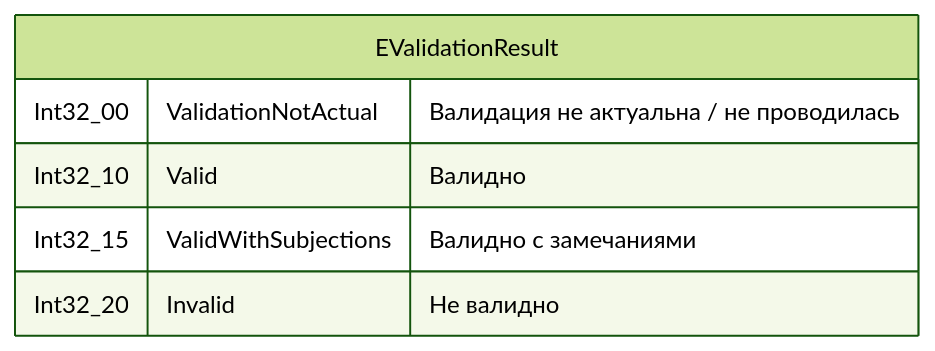
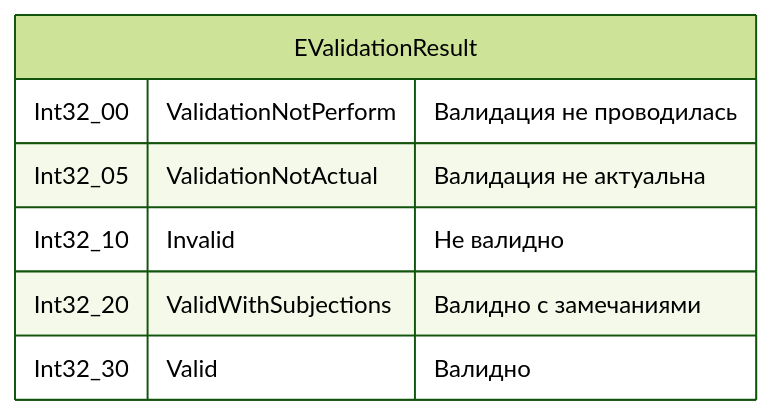
One commit to Zorin-Mykhailo/Kusto changed the second of 5 diagrams in Kusto/Documents/2313902__ContractorsCheck/DataModel.md. Above: the diagram before and after it, drawn with Mermaid (forest theme). The commit also changed other lines of this file, not shown here.

````diff
--- a/Kusto/Documents/2313902__ContractorsCheck/DataModel.md
+++ b/Kusto/Documents/2313902__ContractorsCheck/DataModel.md
@@ -26,9 +30,10 @@
 ```mermaid
 erDiagram
   EValidationResult {
-    Int32_00 ValidationNotActual "Валидация не актуальна / не проводилась"
-    Int32_10 Valid "Валидно"
-    Int32_15 ValidWithSubjections "Валидно c замечаниями"
-    Int32_20 Invalid "Не валидно"
+    Int32_00 ValidationNotPerform "Валидация не проводилась"
+    Int32_05 ValidationNotActual "Валидация не актуальна"
+    Int32_10 Invalid "Не валидно"
+    Int32_20 ValidWithSubjections "Валидно c замечаниями"
+    Int32_30 Valid "Валидно"
   }
 ```
````
